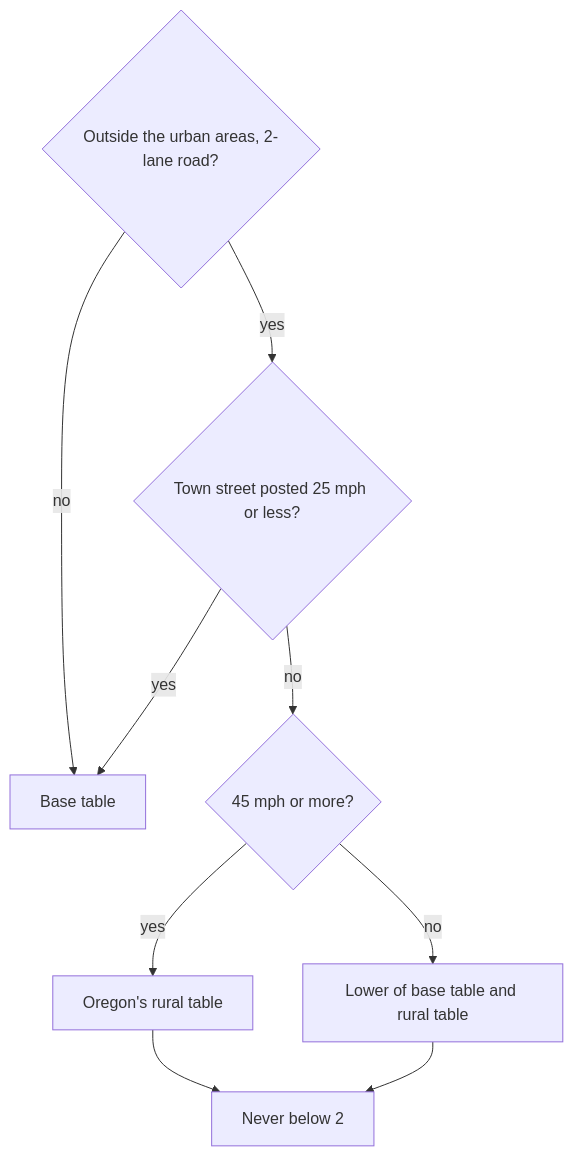
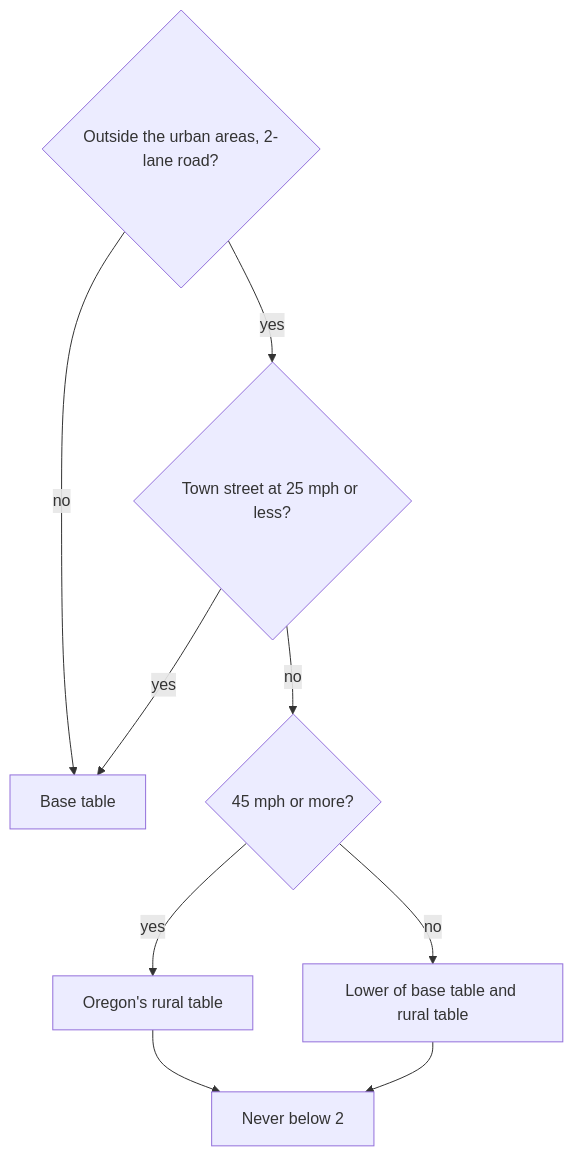
One commit to Macrophage87/RouteMaker changed the seventh of 13 diagrams in docs/stress/classification.md. Above: the diagram before and after it, drawn with Mermaid. The commit also changed other lines of this file and 1 other file, not shown here.

First line of the commit message:
Stress docs, review r1: speeds by state, measured class counts, the rural table, the missing-data rule, the service-road diagram

````diff
--- a/docs/stress/classification.md
+++ b/docs/stress/classification.md
@@ -427,11 +511,11 @@
 ```mermaid
 flowchart TD
     A{"Outside the urban areas, 2-lane road?"} -- no --> B["Base table"]
-    A -- yes --> C{"Town street posted 25 mph or less?"}
+    A -- yes --> C{"Town street at 25 mph or less?"}
     C -- yes --> B
     C -- no --> D{"45 mph or more?"}
     D -- yes --> O["Oregon's rural table"]
     D -- no --> E["Lower of base table and rural table"]
     O --> F["Never below 2"]
     E --> F
 ```
````
